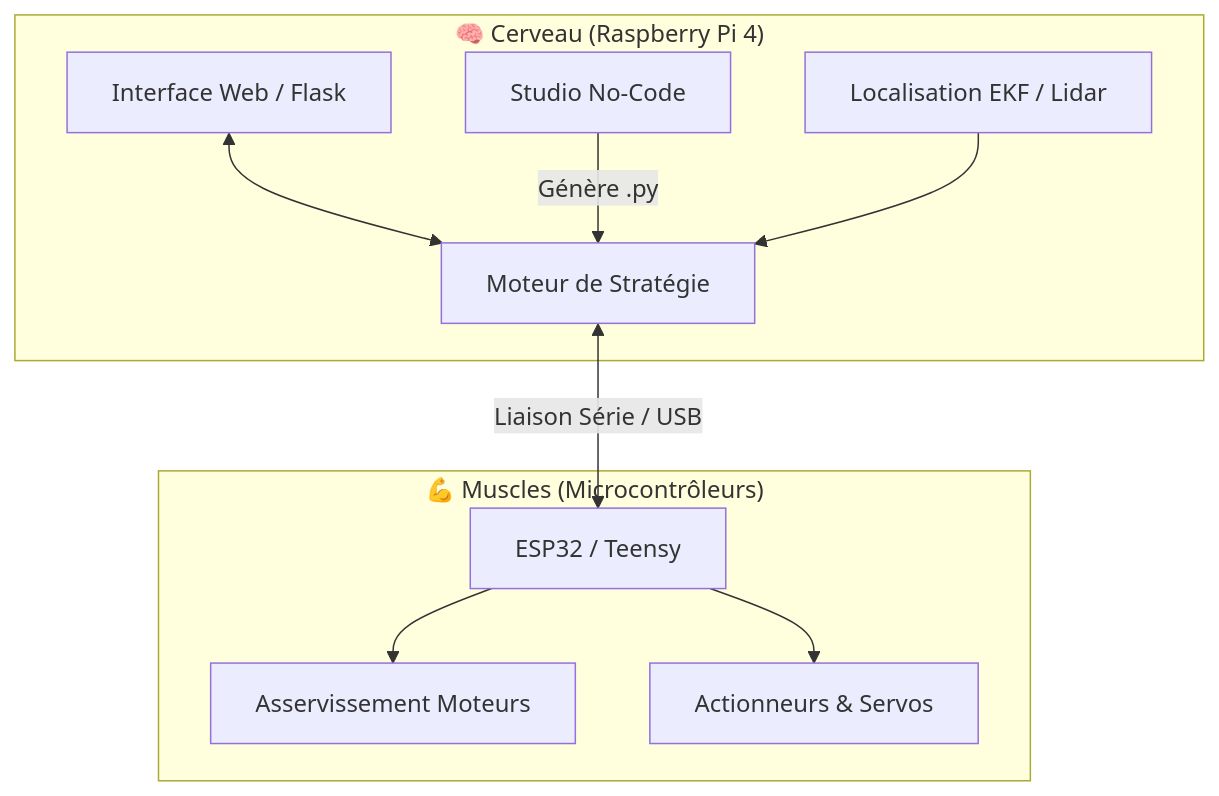
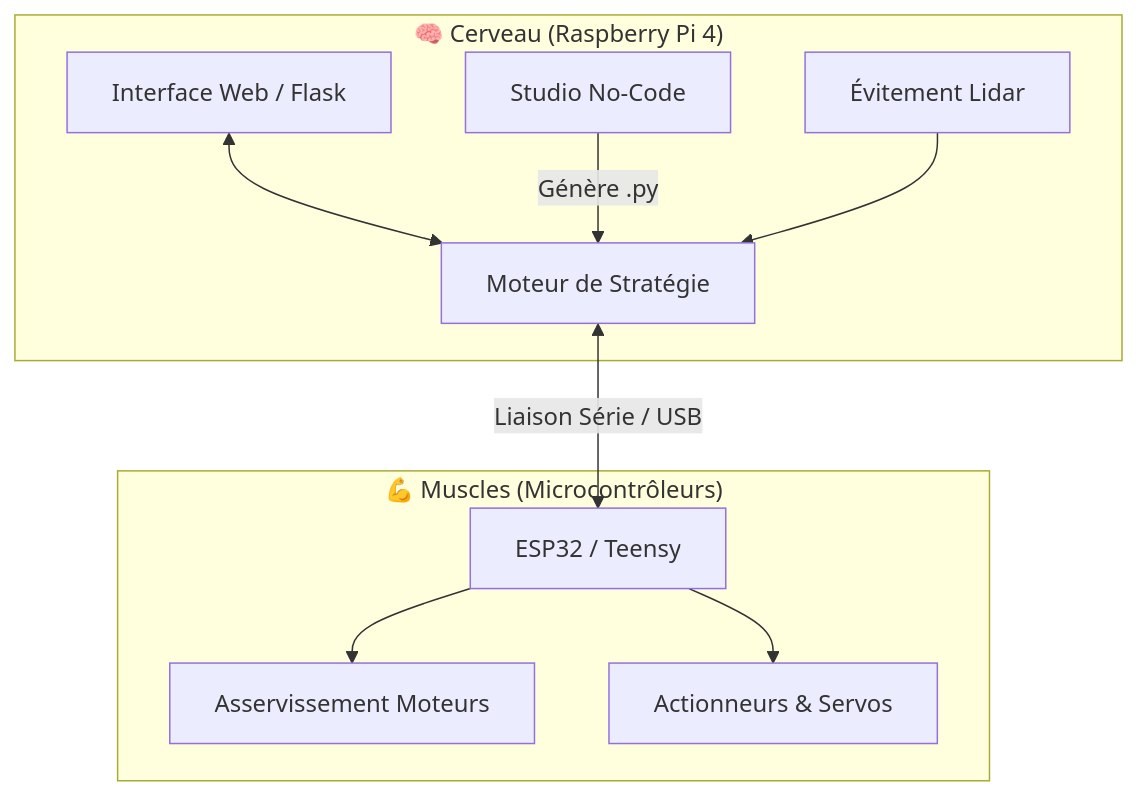
One commit to eirbot/stk_robot changed the diagram in README.md. Above: the diagram before and after it, drawn with Mermaid. The commit also changed other lines of this file and 21 other files, not shown here.

````diff
--- a/README.md
+++ b/README.md
@@ -29,24 +29,24 @@
 ```mermaid
 graph TD
   subgraph "🧠 Cerveau (Raspberry Pi 4)"
     Web[Interface Web / Flask]
     Strat[Moteur de Stratégie]
     Blockly[Studio No-Code]
-    Lidar[Localisation EKF / Lidar]
+    Lidar[Évitement Lidar]
     
     Web <--> Strat
     Blockly -->|Génère .py| Strat
     Lidar --> Strat
   end
 
   subgraph "💪 Muscles (Microcontrôleurs)"
     ESP[ESP32 / Teensy]
     Motors[Asservissement Moteurs]
     Actuators[Actionneurs & Servos]
     
     ESP --> Motors
     ESP --> Actuators
   end
 
   Strat <-->|Liaison Série / USB| ESP
 ```
````
